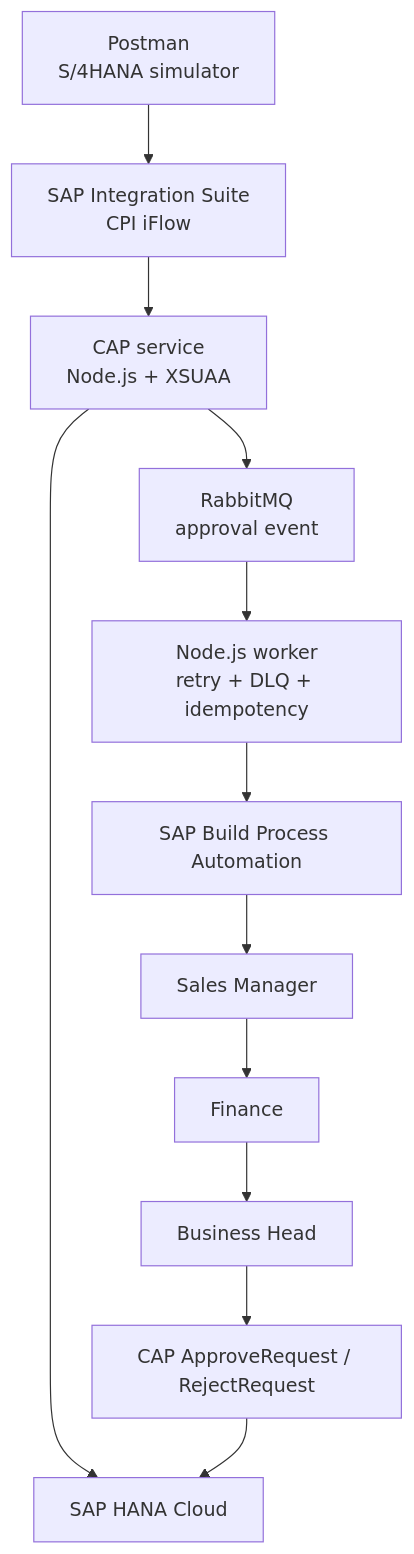
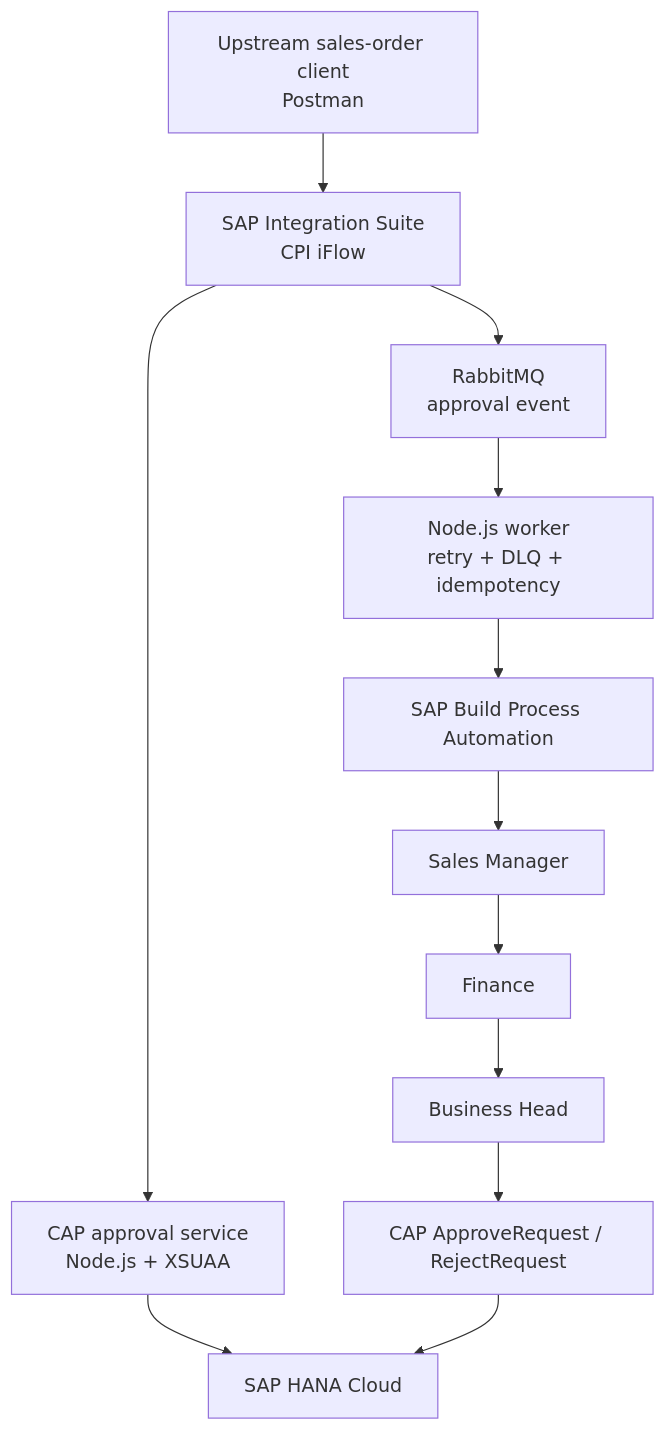
The diagram in readme.md (sravanirepalli/event-driven-sales-order-approval-btp), drawn with Mermaid before and after one commit. The commit also changed other lines of this file, not shown here.

````diff
--- a/readme.md
+++ b/readme.md
@@ -28,14 +22,14 @@
 ```mermaid
 flowchart TD
-    A["Postman<br/>S/4HANA simulator"] --> B["SAP Integration Suite<br/>CPI iFlow"]
-    B --> C["CAP service<br/>Node.js + XSUAA"]
+    A["Upstream sales-order client<br/>Postman"] --> B["SAP Integration Suite<br/>CPI iFlow"]
+    B --> C["CAP approval service<br/>Node.js + XSUAA"]
     C --> D["SAP HANA Cloud"]
-    C --> E["RabbitMQ<br/>approval event"]
+    B --> E["RabbitMQ<br/>approval event"]
     E --> F["Node.js worker<br/>retry + DLQ + idempotency"]
     F --> G["SAP Build Process Automation"]
     G --> H["Sales Manager"]
     H --> I["Finance"]
     I --> J["Business Head"]
     J --> K["CAP ApproveRequest / RejectRequest"]
     K --> D
 ```
````
